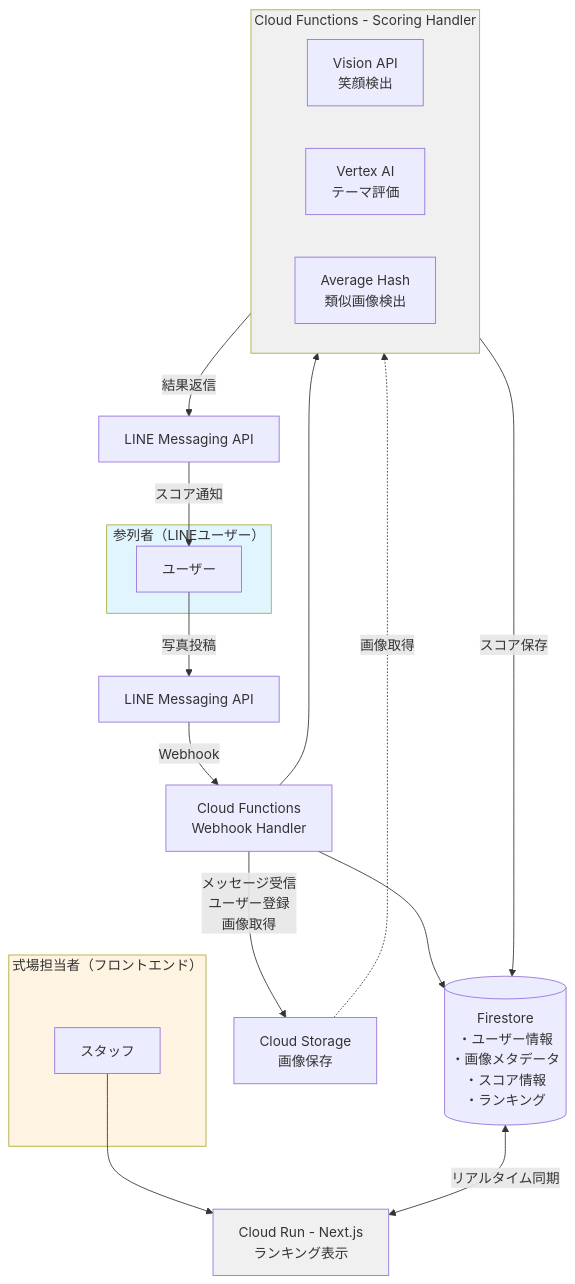
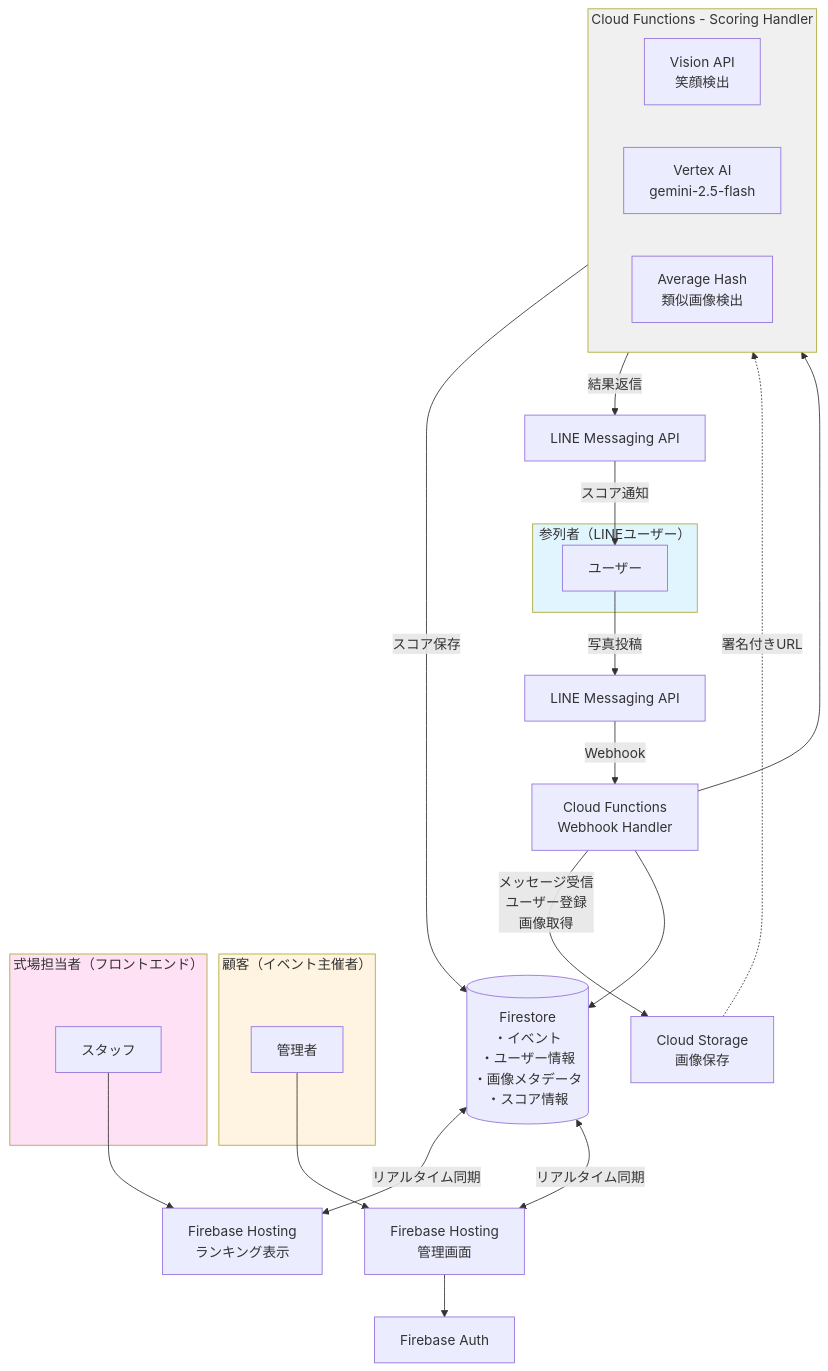
One commit to nakayamaryo0731/wedding_smile_catcher changed the first of 3 diagrams in docs/architecture/overview.md. Above: the diagram before and after it, drawn with Mermaid. The commit also changed other lines of this file and 18 other files, not shown here.

````diff
--- a/docs/architecture/overview.md
+++ b/docs/architecture/overview.md
@@ -5,38 +5,45 @@
 ```mermaid
 graph TB
     subgraph guests["参列者（LINEユーザー）"]
         User[ユーザー]
     end
 
     User -->|写真投稿| LINE1[LINE Messaging API]
 
     LINE1 -->|Webhook| WebhookFunc[Cloud Functions<br/>Webhook Handler]
 
     WebhookFunc -->|メッセージ受信<br/>ユーザー登録<br/>画像取得| Storage[Cloud Storage<br/>画像保存]
-    WebhookFunc --> Firestore[(Firestore<br/>・ユーザー情報<br/>・画像メタデータ<br/>・スコア情報<br/>・ランキング)]
+    WebhookFunc --> Firestore[(Firestore<br/>・イベント<br/>・ユーザー情報<br/>・画像メタデータ<br/>・スコア情報)]
     WebhookFunc --> ScoringFunc
 
     subgraph ScoringFunc[Cloud Functions - Scoring Handler]
         Vision[Vision API<br/>笑顔検出]
-        VertexAI[Vertex AI<br/>テーマ評価]
+        VertexAI[Vertex AI<br/>gemini-2.5-flash]
         AvgHash[Average Hash<br/>類似画像検出]
     end
 
-    Storage -.画像取得.-> ScoringFunc
+    Storage -.署名付きURL.-> ScoringFunc
     ScoringFunc -->|スコア保存| Firestore
     ScoringFunc -->|結果返信| LINE2[LINE Messaging API]
     LINE2 -->|スコア通知| User
+
+    subgraph customer["顧客（イベント主催者）"]
+        Admin[管理者]
+    end
 
     subgraph frontend["式場担当者（フロントエンド）"]
         Staff[スタッフ]
     end
 
-    Staff --> CloudRun[Cloud Run - Next.js<br/>ランキング表示]
+    Admin --> AdminPanel[Firebase Hosting<br/>管理画面]
+    Staff --> RankingPage[Firebase Hosting<br/>ランキング表示]
 
-    Firestore <-->|リアルタイム同期| CloudRun
+    AdminPanel --> FirebaseAuth[Firebase Auth]
+    Firestore <-->|リアルタイム同期| RankingPage
+    Firestore <-->|リアルタイム同期| AdminPanel
 
     style guests fill:#e1f5ff
-    style frontend fill:#fff4e1
+    style customer fill:#fff4e1
+    style frontend fill:#ffe1f5
     style ScoringFunc fill:#f0f0f0
-    style CloudRun fill:#f0f0f0
 ```
````
